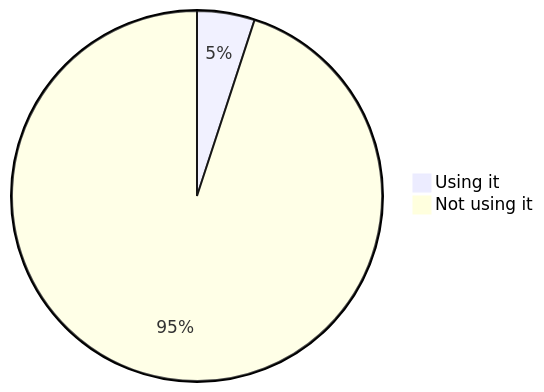
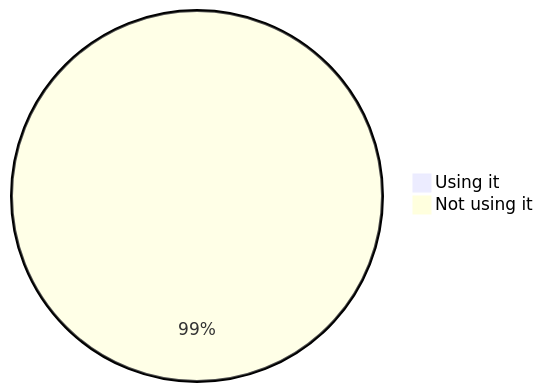
One commit to oshp/oshp-stats changed diagram 12 of 18 in stats.md. Above: the diagram before and after it, drawn with Mermaid. The commit also changed other lines of this file and 1 other file, not shown here.

````diff
--- a/stats.md
+++ b/stats.md
@@ -152,6 +140,6 @@
 ```mermaid
 pie
-	"Using it" : 5.03
-	"Not using it" : 94.97
+	"Using it" : 0.92
+	"Not using it" : 99.08
 
 ```
````
